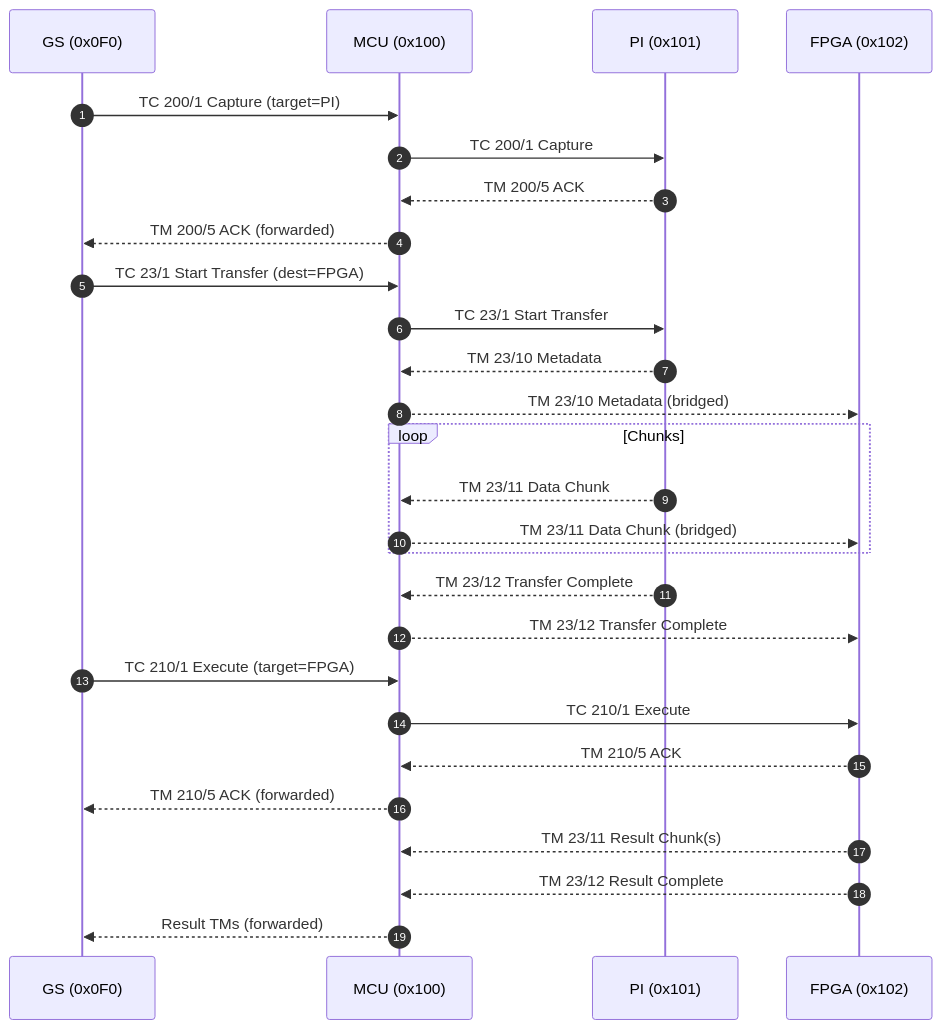
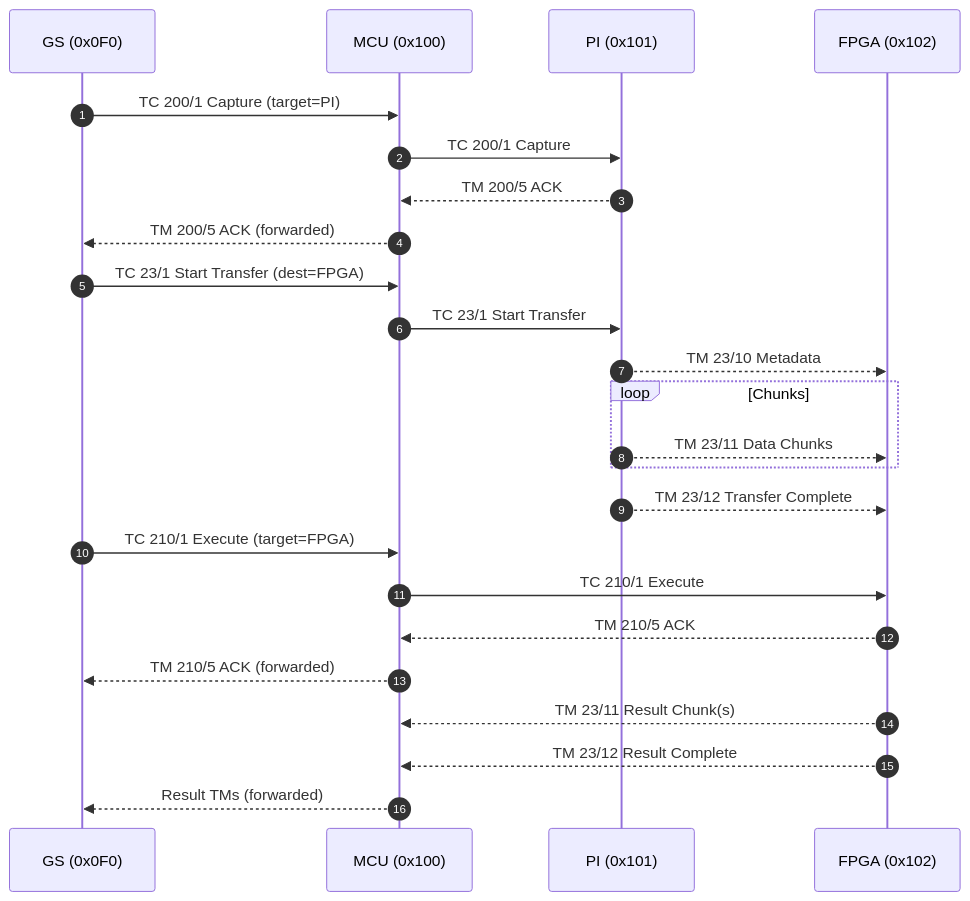
Before and after one commit to ExoSpaceLabs/exn: the second of 2 diagrams in docs/diagrams.md, drawn with Mermaid.

Commit message:
fix(astrai): diagram had extra states that required to fix.

````diff
--- a/docs/diagrams.md
+++ b/docs/diagrams.md
@@ -40,32 +40,29 @@
 ```mermaid
 sequenceDiagram
   autonumber
   participant GS as GS (0x0F0)
   participant MCU as MCU (0x100)
   participant PI as PI (0x101)
   participant FPGA as FPGA (0x102)
 
   GS->>MCU: TC 200/1 Capture (target=PI)
   MCU->>PI: TC 200/1 Capture
   PI-->>MCU: TM 200/5 ACK
   MCU-->>GS: TM 200/5 ACK (forwarded)
 
   GS->>MCU: TC 23/1 Start Transfer (dest=FPGA)
   MCU->>PI: TC 23/1 Start Transfer
-  PI-->>MCU: TM 23/10 Metadata
-  MCU-->>FPGA: TM 23/10 Metadata (bridged)
+  PI-->>FPGA: TM 23/10 Metadata
   loop Chunks
-    PI-->>MCU: TM 23/11 Data Chunk
-    MCU-->>FPGA: TM 23/11 Data Chunk (bridged)
+    PI-->>FPGA: TM 23/11 Data Chunks
   end
-  PI-->>MCU: TM 23/12 Transfer Complete
-  MCU-->>FPGA: TM 23/12 Transfer Complete
+  PI-->>FPGA: TM 23/12 Transfer Complete
 
   GS->>MCU: TC 210/1 Execute (target=FPGA)
   MCU->>FPGA: TC 210/1 Execute
   FPGA-->>MCU: TM 210/5 ACK
   MCU-->>GS: TM 210/5 ACK (forwarded)
   FPGA-->>MCU: TM 23/11 Result Chunk(s)
   FPGA-->>MCU: TM 23/12 Result Complete
   MCU-->>GS: Result TMs (forwarded)
 ```
````
